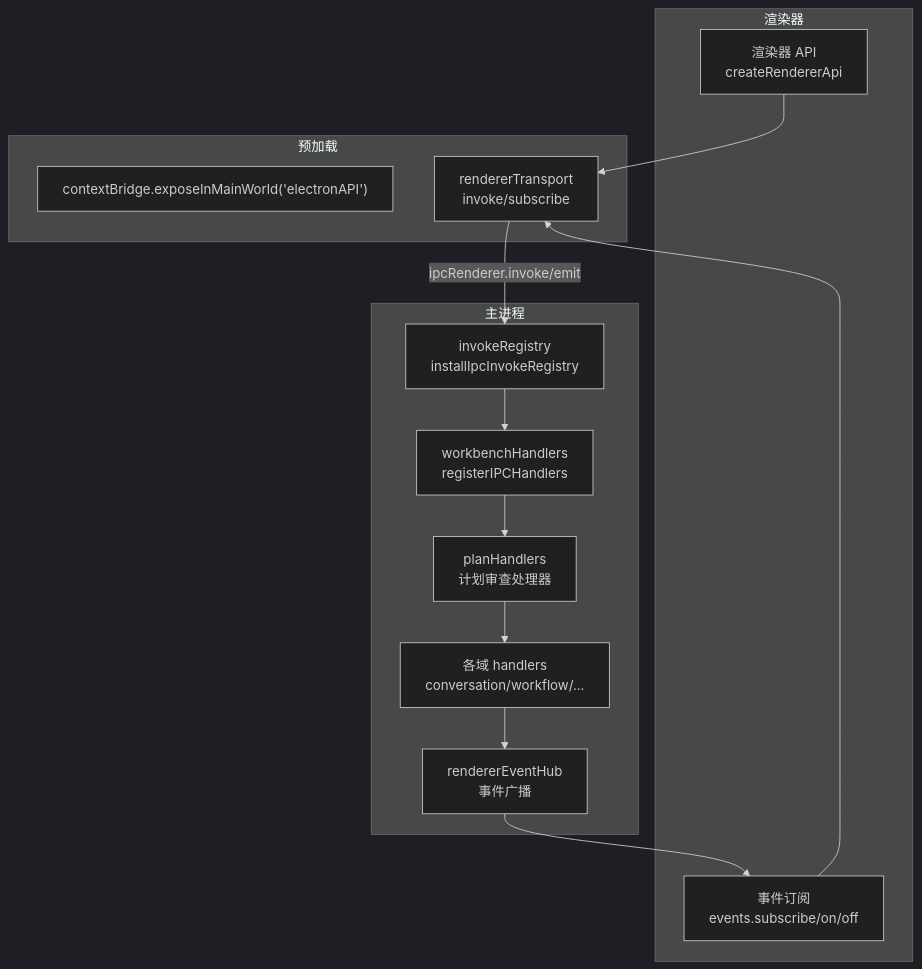
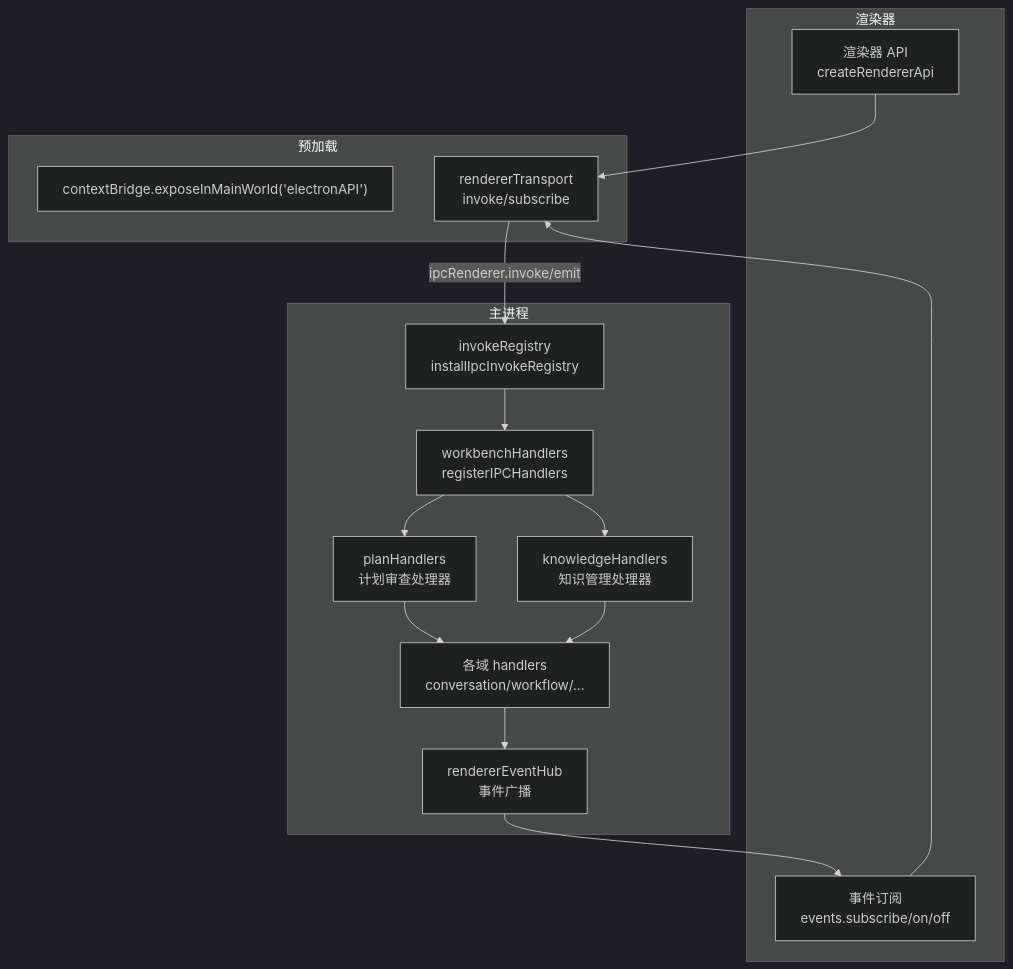
One commit to haolange/RDC-Agent changed the first of 9 diagrams in .qoder/repowiki/zh/content/架构设计/渲染器架构/IPC 通信.md. Above: the diagram before and after it, drawn with Mermaid (dark theme). The commit also changed other lines of this file and 6 other files, not shown here.

````diff
--- a/.qoder/repowiki/zh/content/架构设计/渲染器架构/IPC 通信.md
+++ b/.qoder/repowiki/zh/content/架构设计/渲染器架构/IPC 通信.md
@@ -51,26 +55,29 @@
 ```mermaid
 graph TB
 subgraph "渲染器"
 R_API["渲染器 API<br/>createRendererApi"]
 R_EVT["事件订阅<br/>events.subscribe/on/off"]
 end
 subgraph "预加载"
 PL_BRIDGE["contextBridge.exposeInMainWorld('electronAPI')"]
 TRANSPORT["rendererTransport<br/>invoke/subscribe"]
 end
 subgraph "主进程"
 REG["invokeRegistry<br/>installIpcInvokeRegistry"]
 WBH["workbenchHandlers<br/>registerIPCHandlers"]
 PLAN_H["planHandlers<br/>计划审查处理器"]
+KNOW_H["knowledgeHandlers<br/>知识管理处理器"]
 HND["各域 handlers<br/>conversation/workflow/..."]
 EVT_HUB["rendererEventHub<br/>事件广播"]
 end
 R_API --> TRANSPORT
 R_EVT --> TRANSPORT
 TRANSPORT -- "ipcRenderer.invoke/emit" --> REG
 REG --> WBH
 WBH --> PLAN_H
+WBH --> KNOW_H
 PLAN_H --> HND
+KNOW_H --> HND
 HND --> EVT_HUB
 EVT_HUB --> R_EVT
 ```
````
